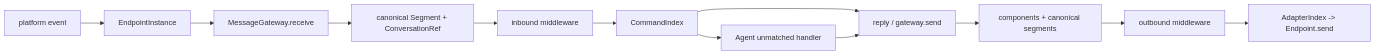
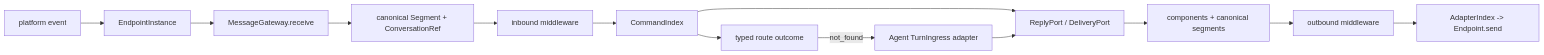
The fourth of 5 diagrams in docs/target-architecture.md (zhinjs/zhin), drawn with Mermaid before and after one commit. The commit also changed other lines of this file and 11 other files, not shown here.

````diff
--- a/docs/target-architecture.md
+++ b/docs/target-architecture.md
@@ -149,13 +152,14 @@
 ```mermaid
 flowchart LR
   Inbound["platform event"] --> Endpoint["EndpointInstance"]
   Endpoint --> Gateway["MessageGateway.receive"]
   Gateway --> Normalize["canonical Segment + ConversationRef"]
   Normalize --> Middleware["inbound middleware"]
   Middleware --> Command["CommandIndex"]
-  Command --> Fallback["Agent unmatched handler"]
-  Command & Fallback --> Outbound["reply / gateway.send"]
+  Command --> Route["typed route outcome"]
+  Route -->|not_found| Agent["Agent TurnIngress adapter"]
+  Command & Agent --> Outbound["ReplyPort / DeliveryPort"]
   Outbound --> Render["components + canonical segments"]
   Render --> OutboundMW["outbound middleware"]
   OutboundMW --> Adapter["AdapterIndex -> Endpoint.send"]
 ```
````
